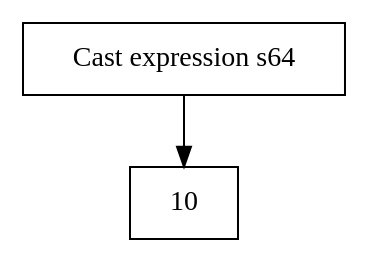
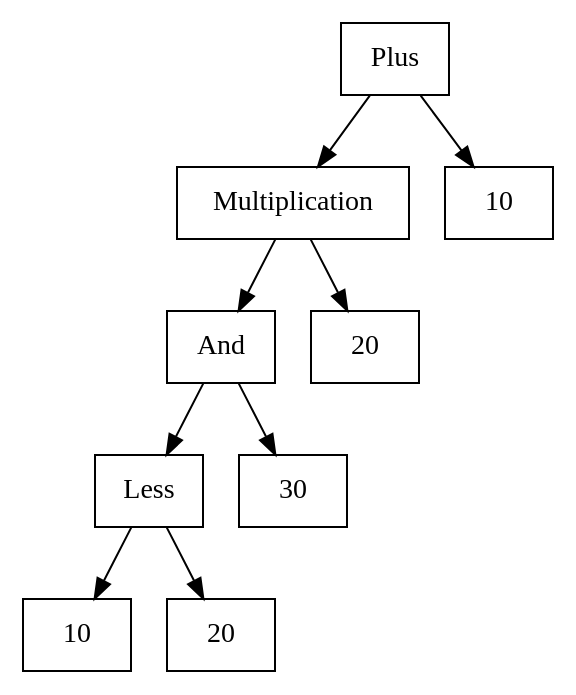
The diagram in src/TestFiles/Graphviz/test.dot (javier3448/AntLang), drawn with Graphviz before and after one commit. The commit also changed 10 other files, not shown here.

```diff
--- a/src/TestFiles/Graphviz/test.dot
+++ b/src/TestFiles/Graphviz/test.dot
@@ -1,12 +1,47 @@
 digraph G {
 "expr0" [
-label = "Cast expression s64",
+label = "Plus",
 shape = "box",
 ];
 "expr1" [
+label = "Multiplication",
+shape = "box",
+];
+"expr2" [
+label = "And",
+shape = "box",
+];
+"expr3" [
+label = "Less",
+shape = "box",
+];
+"expr4" [
+label = "10",
+shape = "box",
+];
+"expr5" [
+label = "20",
+shape = "box",
+];
+"expr3"->"expr4";
+"expr3"->"expr5";
+"expr6" [
+label = "30",
+shape = "box",
+];
+"expr2"->"expr3";
+"expr2"->"expr6";
+"expr7" [
+label = "20",
+shape = "box",
+];
+"expr1"->"expr2";
+"expr1"->"expr7";
+"expr8" [
 label = "10",
 shape = "box",
 ];
 "expr0"->"expr1";
+"expr0"->"expr8";
 
 }
```
